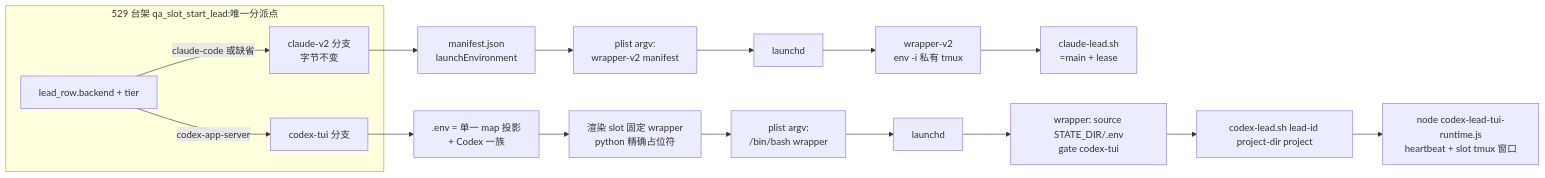
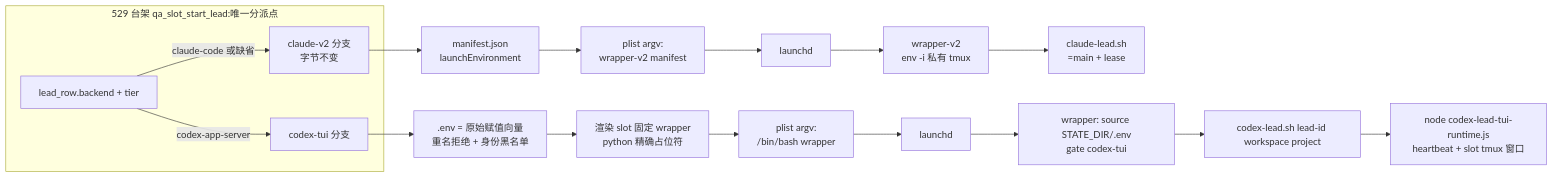
Before and after one commit to xrliAnnie/flywheel-qa-sandbox: the first of 3 diagrams in engineering/doc/FLY-2301-codex-lead-bench/plan.md, drawn with Mermaid. The commit also changed other lines of this file, not shown here.

First line of the commit message:
docs: FLY-2301 plan rev3 — apply Codex R2 findings and Lead M9 wording

````diff
--- a/engineering/doc/FLY-2301-codex-lead-bench/plan.md
+++ b/engineering/doc/FLY-2301-codex-lead-bench/plan.md
@@ -46,9 +49,9 @@
 ```mermaid
 flowchart LR
   subgraph bench[529 台架 qa_slot_start_lead:唯一分派点]
     R[lead_row.backend + tier] -->|claude-code 或缺省| C0[claude-v2 分支<br/>字节不变]
     R -->|codex-app-server| X0[codex-tui 分支]
   end
   C0 --> C1[manifest.json<br/>launchEnvironment] --> C2[plist argv:<br/>wrapper-v2 manifest] --> C3[launchd] --> C4[wrapper-v2<br/>env -i 私有 tmux] --> C5[claude-lead.sh<br/>=main + lease]
-  X0 --> X1[.env = 单一 map 投影<br/>+ Codex 一族] --> X2[渲染 slot 固定 wrapper<br/>python 精确占位符] --> X3[plist argv:<br/>/bin/bash wrapper] --> X4[launchd] --> X5[wrapper: source STATE_DIR/.env<br/>gate codex-tui] --> X6[codex-lead.sh lead-id project-dir project] --> X7[node codex-lead-tui-runtime.js<br/>heartbeat + slot tmux 窗口]
+  X0 --> X1[.env = 原始赋值向量<br/>重名拒绝 + 身份黑名单] --> X2[渲染 slot 固定 wrapper<br/>python 精确占位符] --> X3[plist argv:<br/>/bin/bash wrapper] --> X4[launchd] --> X5[wrapper: source STATE_DIR/.env<br/>gate codex-tui] --> X6[codex-lead.sh lead-id workspace project] --> X7[node codex-lead-tui-runtime.js<br/>heartbeat + slot tmux 窗口]
 ```
````
